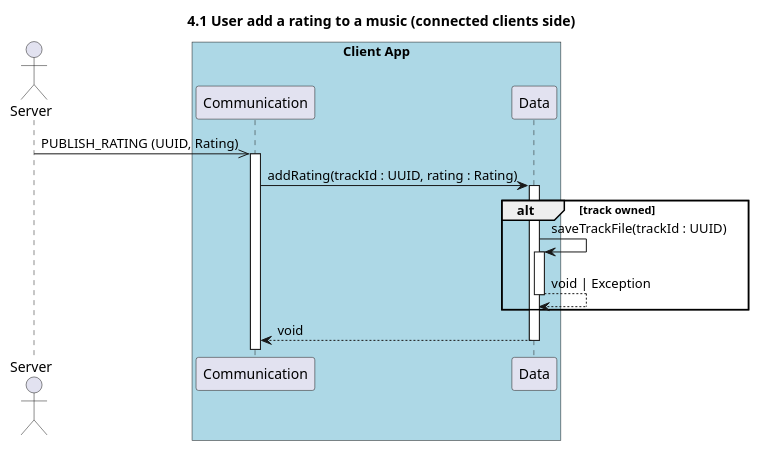
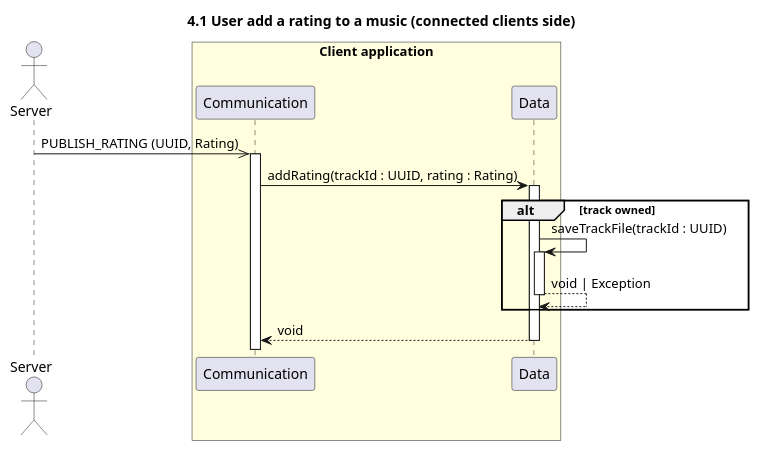
Before and after one commit to UTCAI12/Diagrams: the diagram in sequence/4.1.add_rating_others.puml, drawn with PlantUML. The commit also changed 4 other files, not shown here.

```diff
--- a/sequence/4.1.add_rating_others.puml
+++ b/sequence/4.1.add_rating_others.puml
@@ -1,23 +1,22 @@
 @startuml 4.1 User add a rating to a music (connected clients side)
 title 4.1 User add a rating to a music (connected clients side)
 
-actor Server as server
-
-box "Client App" #LightBlue
-    participant Communication as com
-    participant Data as data
+actor "Server" as server
+box "Client application" #LightYellow
+    participant "Communication" as com
+    participant "Data" as data
 end box
 
 server ->> com : PUBLISH_RATING (UUID, Rating)
 
 activate com
 com -> data++ : addRating(trackId : UUID, rating : Rating)
 
 alt track owned
     data->data++: saveTrackFile(trackId : UUID)
     return void | Exception
 end
 
 return void
 
 @enduml
```
